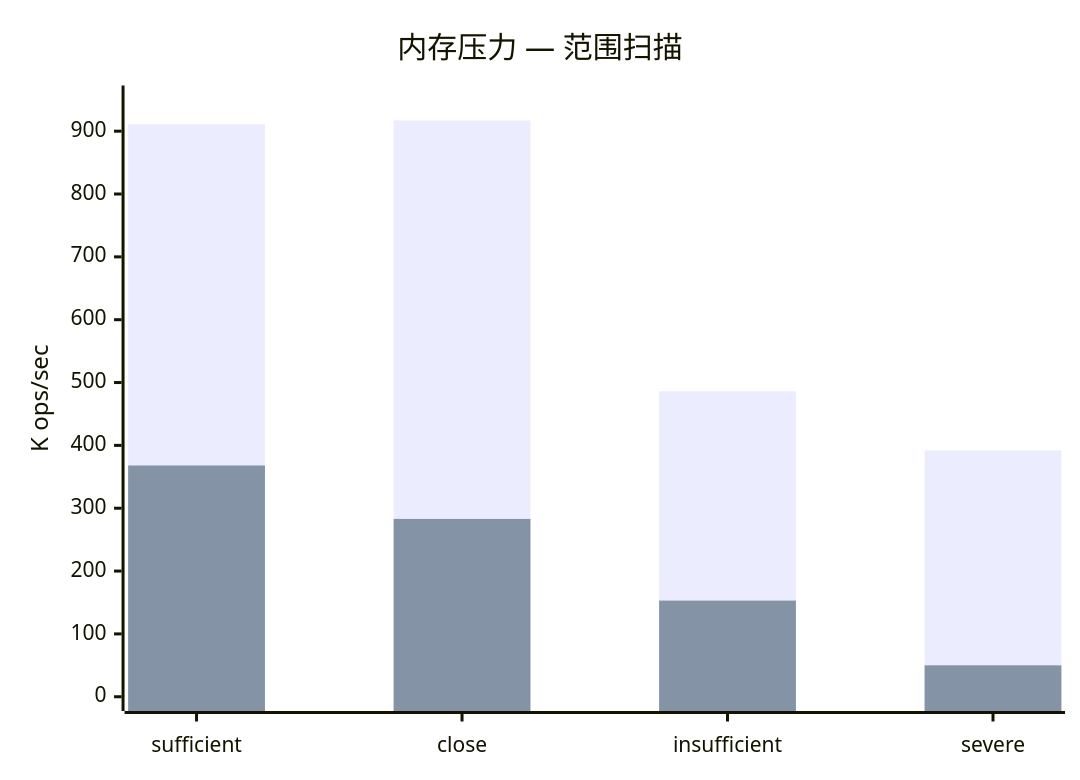
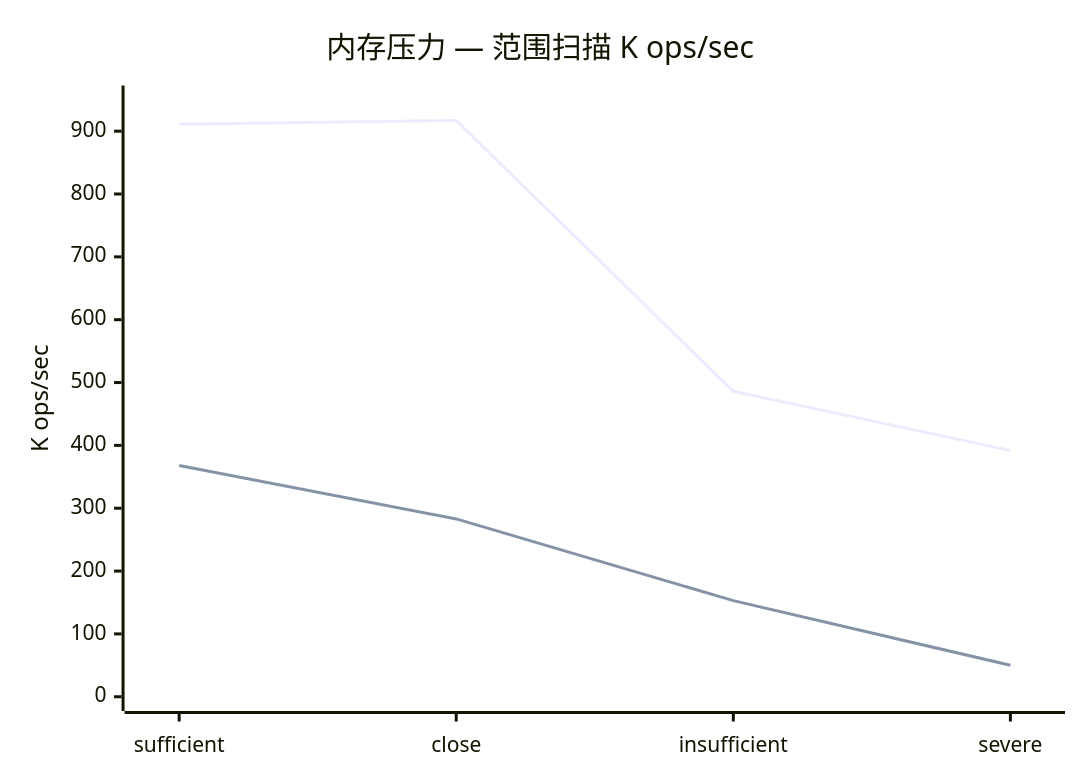
Before and after one commit to bangbang93/playground.js: the ninth of 16 diagrams in packages/db-bench/README.md, drawn with Mermaid. The commit also changed other lines of this file, not shown here.

First line of the commit message:
docs(db-bench): replace stacked bars with ratio lines in Mermaid charts

````diff
--- a/packages/db-bench/README.md
+++ b/packages/db-bench/README.md
@@ -291,8 +303,8 @@
 ```mermaid
 xychart-beta
-    title "内存压力 — 范围扫描"
+    title "内存压力 — 范围扫描 K ops/sec"
     x-axis ["sufficient", "close", "insufficient", "severe"]
     y-axis "K ops/sec" 0 --> 950
-    bar [911, 917, 486, 392]
-    bar [368, 283, 153, 50]
+    line [911, 917, 486, 392]
+    line [368, 283, 153, 50]
 ```
````
